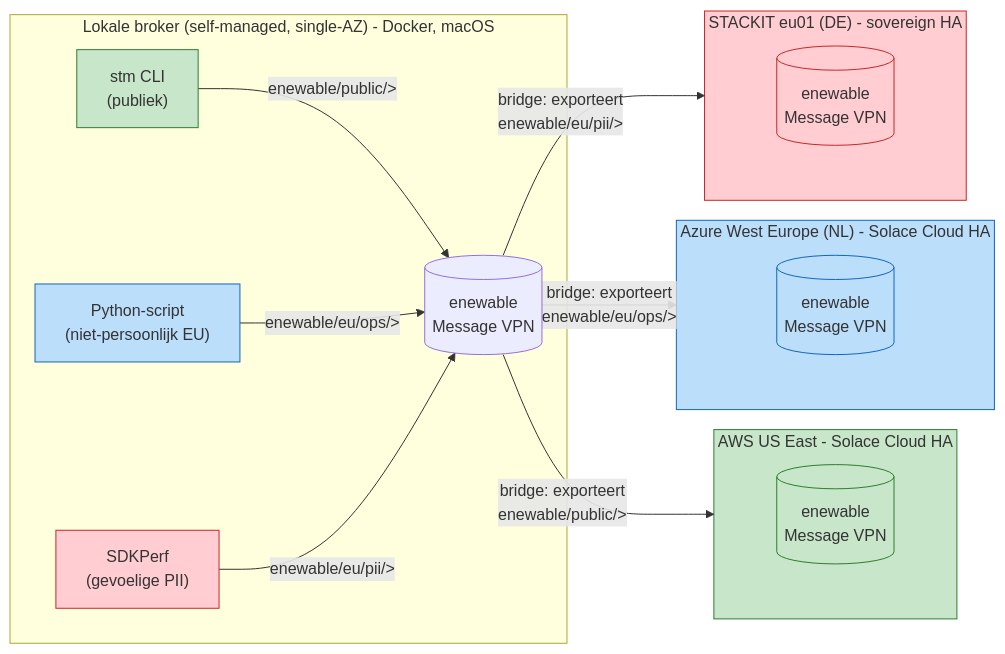
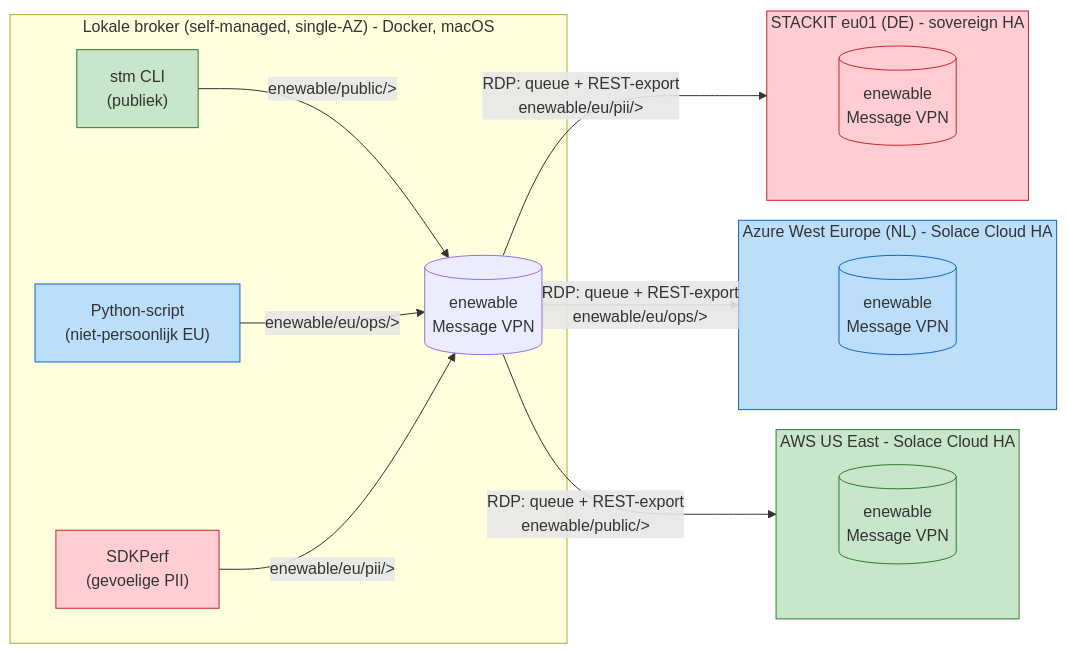
The diagram in docs/topologie.md (taatuut/dadd-2026-solace-stackit-soevereine-cloud), drawn with Mermaid before and after one commit. The commit also changed other lines of this file and 6 other files, not shown here.

````diff
--- a/docs/topologie.md
+++ b/docs/topologie.md
@@ -8,37 +10,37 @@
 ```mermaid
 flowchart LR
     subgraph LOCAL["Lokale broker (self-managed, single-AZ) - Docker, macOS"]
         L[("enewable\nMessage VPN")]
         STM["stm CLI\n(publiek)"]
         PY["Python-script\n(niet-persoonlijk EU)"]
         SDK["SDKPerf\n(gevoelige PII)"]
         STM -- "enewable/public/>" --> L
         PY -- "enewable/eu/ops/>" --> L
         SDK -- "enewable/eu/pii/>" --> L
     end
 
-    L -- "bridge: exporteert\nenewable/public/>" --> AWS
-    L -- "bridge: exporteert\nenewable/eu/ops/>" --> AZ
-    L -- "bridge: exporteert\nenewable/eu/pii/>" --> ST
+    L -- "RDP: queue + REST-export\nenewable/public/>" --> AWS
+    L -- "RDP: queue + REST-export\nenewable/eu/ops/>" --> AZ
+    L -- "RDP: queue + REST-export\nenewable/eu/pii/>" --> ST
 
     subgraph AWS["AWS US East - Solace Cloud HA"]
         AWSVPN[("enewable\nMessage VPN")]
     end
     subgraph AZ["Azure West Europe (NL) - Solace Cloud HA"]
         AZVPN[("enewable\nMessage VPN")]
     end
     subgraph ST["STACKIT eu01 (DE) - sovereign HA"]
         STVPN[("enewable\nMessage VPN")]
     end
 
     AWS --- AWSVPN
     AZ --- AZVPN
     ST --- STVPN
 
     classDef publiek fill:#c8e6c9,stroke:#2e7d32;
     classDef eu fill:#bbdefb,stroke:#1565c0;
     classDef pii fill:#ffcdd2,stroke:#c62828;
     class STM,AWS,AWSVPN publiek
     class PY,AZ,AZVPN eu
     class SDK,ST,STVPN pii
 ```
````
